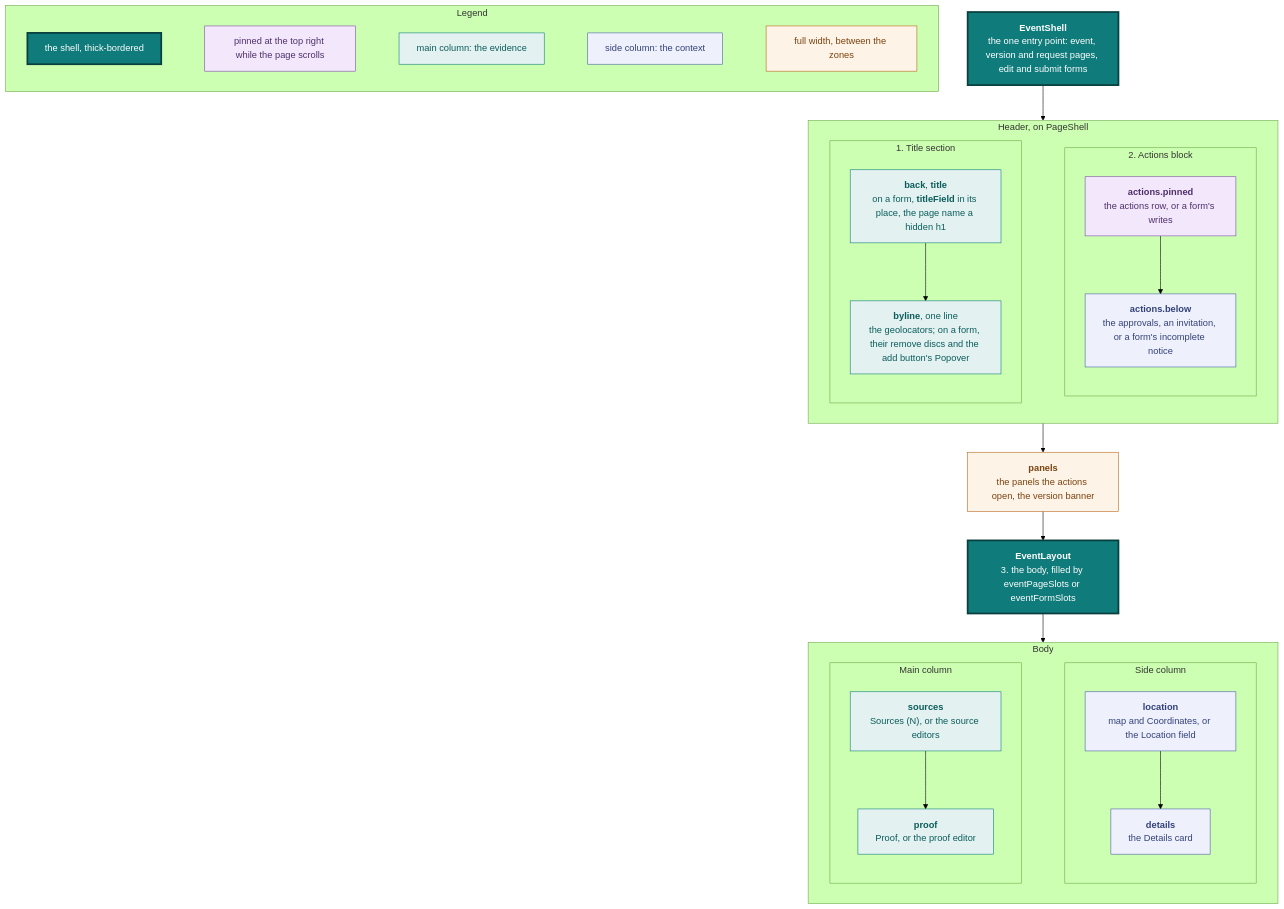
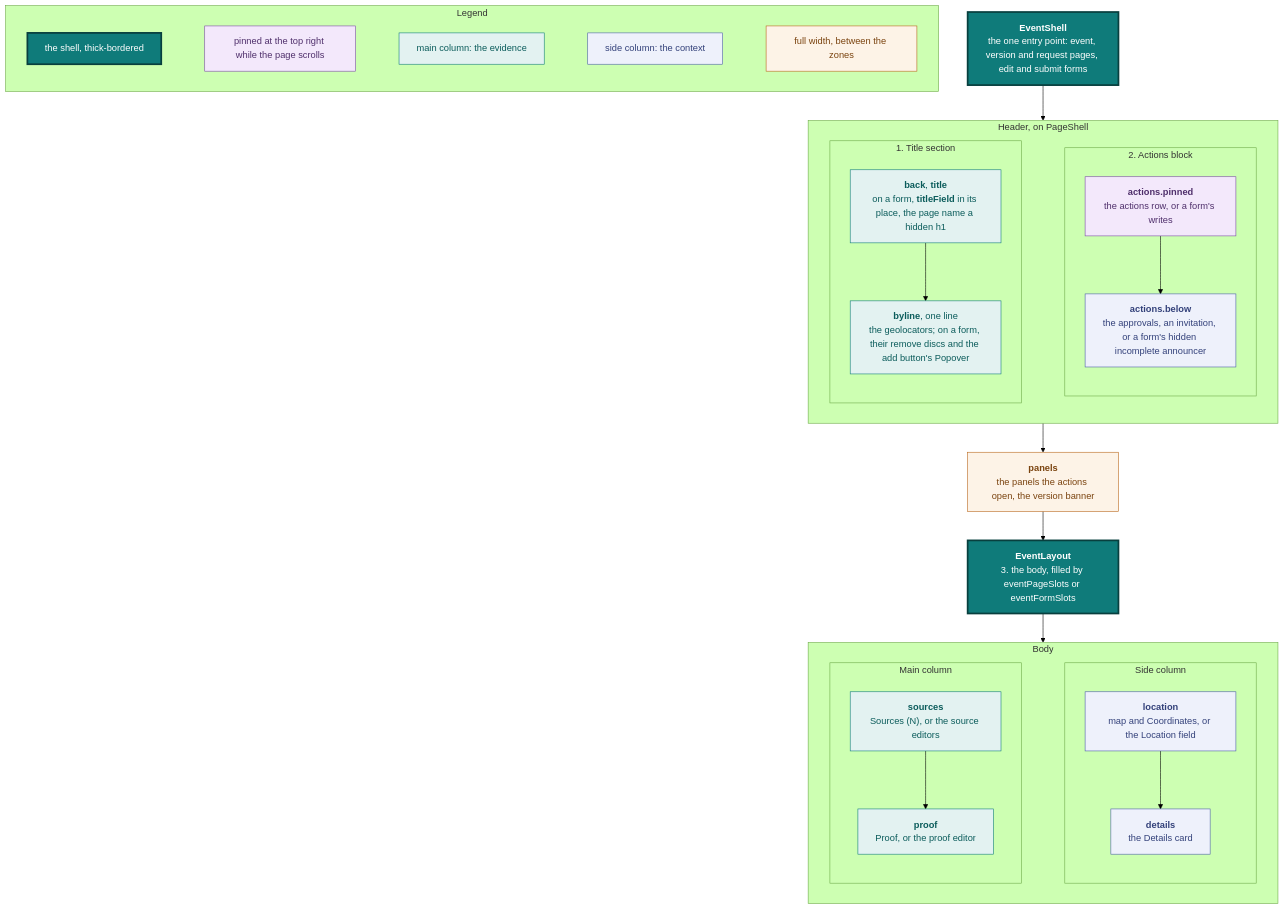
Before and after one commit to vidithq/vidit: the sixth of 15 diagrams in docs/design.md, drawn with Mermaid (forest theme). The commit also changed other lines of this file and 28 other files, not shown here.

````diff
--- a/docs/design.md
+++ b/docs/design.md
@@ -691,71 +691,71 @@
 ```mermaid
 flowchart TB
   classDef core fill:#0f7b7a,stroke:#083f3e,stroke-width:3px,color:#ffffff
   classDef pinned fill:#f3e8fb,stroke:#7a4aa5,color:#4f2f6b
   classDef shared fill:#e3f2f1,stroke:#0f7b7a,color:#0b5c5b
   classDef spec fill:#eef1fb,stroke:#4a5fa5,color:#33417a
   classDef state fill:#fdf3e7,stroke:#b8661a,color:#7a430f
 
   subgraph legend [Legend]
     direction LR
     l1["`the shell, thick-bordered`"]:::core
     l5["`pinned at the top right while the page scrolls`"]:::pinned
     l2["`main column: the evidence`"]:::shared
     l3["`side column: the context`"]:::spec
     l4["`full width, between the zones`"]:::state
     l1 ~~~ l5 ~~~ l2 ~~~ l3 ~~~ l4
   end
 
   shell["`**EventShell**
   the one entry point: event, version and request pages, edit and submit forms`"]:::core
 
   subgraph top [Header, on PageShell]
     direction LR
     subgraph titlesection [1. Title section]
       direction TB
       heading["`**back**, **title**
       on a form, **titleField** in its place, the page name a hidden h1`"]:::shared
       byline["`**byline**, one line
       the geolocators; on a form, their remove discs and the add button's Popover`"]:::shared
       heading --> byline
     end
     subgraph actionsblock [2. Actions block]
       direction TB
       pinned["`**actions.pinned**
       the actions row, or a form's writes`"]:::pinned
       under["`**actions.below**
-      the approvals, an invitation, or a form's incomplete notice`"]:::spec
+      the approvals, an invitation, or a form's hidden incomplete announcer`"]:::spec
       pinned --> under
     end
     titlesection ~~~ actionsblock
   end
 
   between["`**panels**
   the panels the actions open, the version banner`"]:::state
 
   layout["`**EventLayout**
   3. the body, filled by eventPageSlots or eventFormSlots`"]:::core
 
   subgraph body [Body]
     direction LR
     subgraph main [Main column]
       direction TB
       sources["`**sources**
       Sources (N), or the source editors`"]:::shared
       proof["`**proof**
       Proof, or the proof editor`"]:::shared
       sources --> proof
     end
     subgraph side [Side column]
       direction TB
       location["`**location**
       map and Coordinates, or the Location field`"]:::spec
       details["`**details**
       the Details card`"]:::spec
       location --> details
     end
     main ~~~ side
   end
 
   shell --> top --> between --> layout --> body
 ```
````
